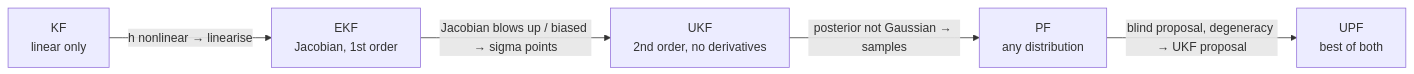
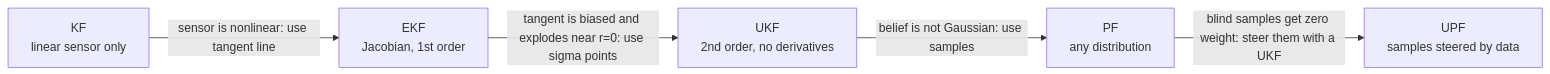
The seventh of 7 diagrams in golang/README.md (ursa-mikail/kalman_and_particle_filter_demo), drawn with Mermaid before and after one commit. The commit also changed other lines of this file, not shown here.

````diff
--- a/golang/README.md
+++ b/golang/README.md
@@ -203,7 +378,7 @@
 ```mermaid
 flowchart LR
-  KF["KF<br/>linear only"] -->|"h nonlinear → linearise"| EKF["EKF<br/>Jacobian, 1st order"]
-  EKF -->|"Jacobian blows up / biased → sigma points"| UKF["UKF<br/>2nd order, no derivatives"]
-  UKF -->|"posterior not Gaussian → samples"| PF["PF<br/>any distribution"]
-  PF -->|"blind proposal, degeneracy → UKF proposal"| UPF["UPF<br/>best of both"]
+  KF["KF<br/>linear sensor only"] -->|"sensor is nonlinear: use tangent line"| EKF["EKF<br/>Jacobian, 1st order"]
+  EKF -->|"tangent is biased and explodes near r=0: use sigma points"| UKF["UKF<br/>2nd order, no derivatives"]
+  UKF -->|"belief is not Gaussian: use samples"| PF["PF<br/>any distribution"]
+  PF -->|"blind samples get zero weight: steer them with a UKF"| UPF["UPF<br/>samples steered by data"]
 ```
````
